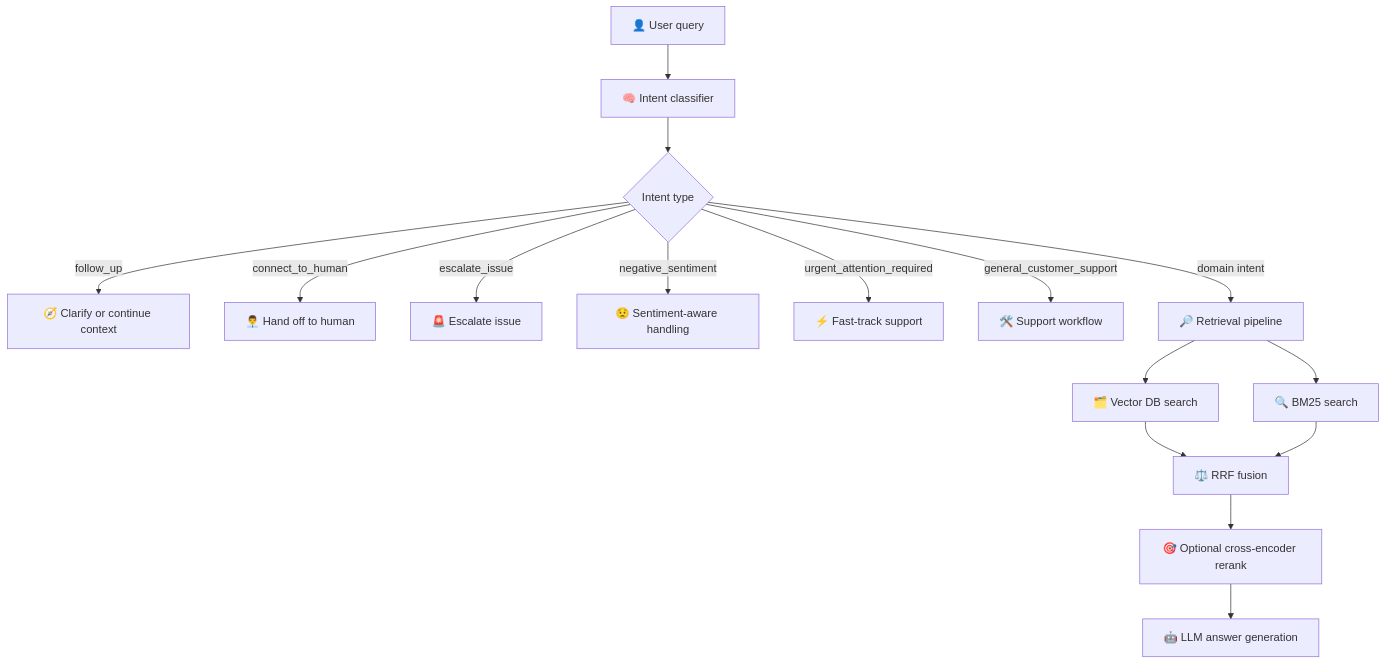
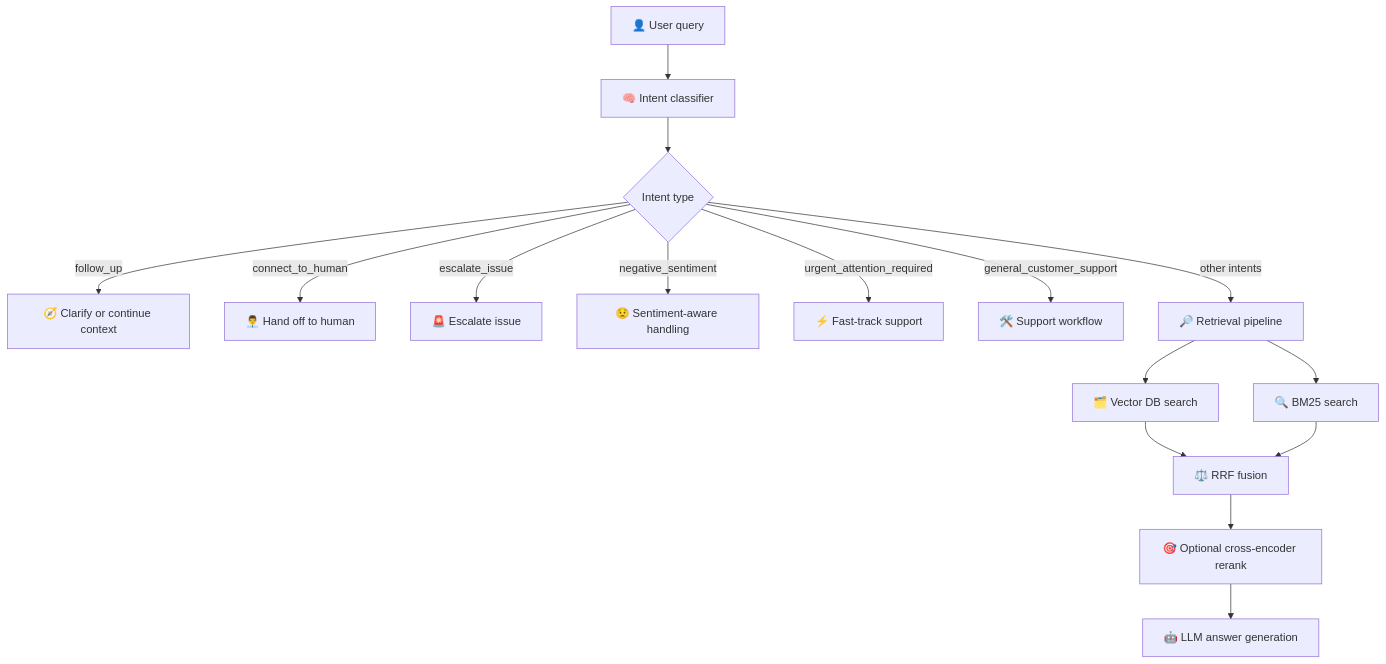
The first of 3 diagrams in README.md (yuvarajd2588/RAG-Intent-Router), drawn with Mermaid before and after one commit. The commit also changed other lines of this file and 1 other file, not shown here.

Commit message:
multiple arch diagrams

````diff
--- a/README.md
+++ b/README.md
@@ -42,18 +46,18 @@
 ```mermaid
 graph TD
     A["👤 User query"] --> B["🧠 Intent classifier"]
     B --> C{"Intent type"}
     C -->|follow_up| D["🧭 Clarify or continue context"]
     C -->|connect_to_human| E["👨‍💼 Hand off to human"]
     C -->|escalate_issue| F["🚨 Escalate issue"]
     C -->|negative_sentiment| G["😟 Sentiment-aware handling"]
     C -->|urgent_attention_required| H["⚡ Fast-track support"]
     C -->|general_customer_support| I["🛠️ Support workflow"]
-    C -->|domain intent| J["🔎 Retrieval pipeline"]
+    C -->|other intents| J["🔎 Retrieval pipeline"]
     J --> K["🗂️ Vector DB search"]
     J --> L["🔍 BM25 search"]
     K --> M["⚖️ RRF fusion"]
     L --> M
     M --> N["🎯 Optional cross-encoder rerank"]
     N --> O["🤖 LLM answer generation"]
 ```
````
